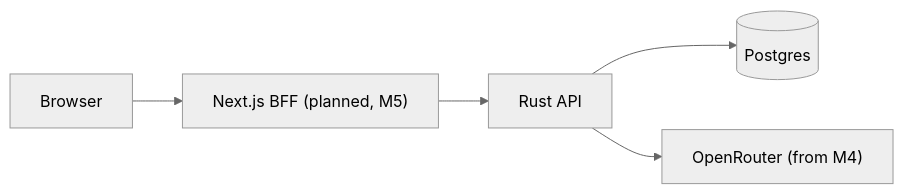
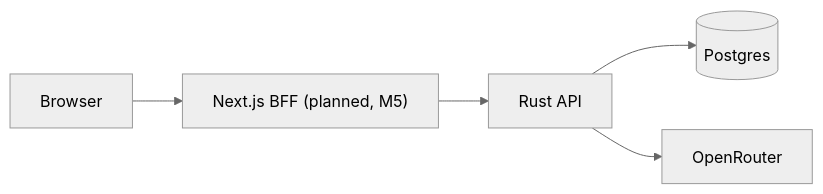
The second of 2 diagrams in README.md (allwelldotdev/wn-refund-ai), drawn with Mermaid (neutral theme) before and after one commit. The commit also changed other lines of this file, not shown here.

````diff
--- a/README.md
+++ b/README.md
@@ -100,7 +101,7 @@
 ```mermaid
 flowchart LR
     browser["Browser"] --> bff["Next.js BFF (planned, M5)"]
     bff --> api["Rust API"]
     api --> pg[("Postgres")]
-    api --> openrouter["OpenRouter (from M4)"]
+    api --> openrouter["OpenRouter"]
 ```
````
